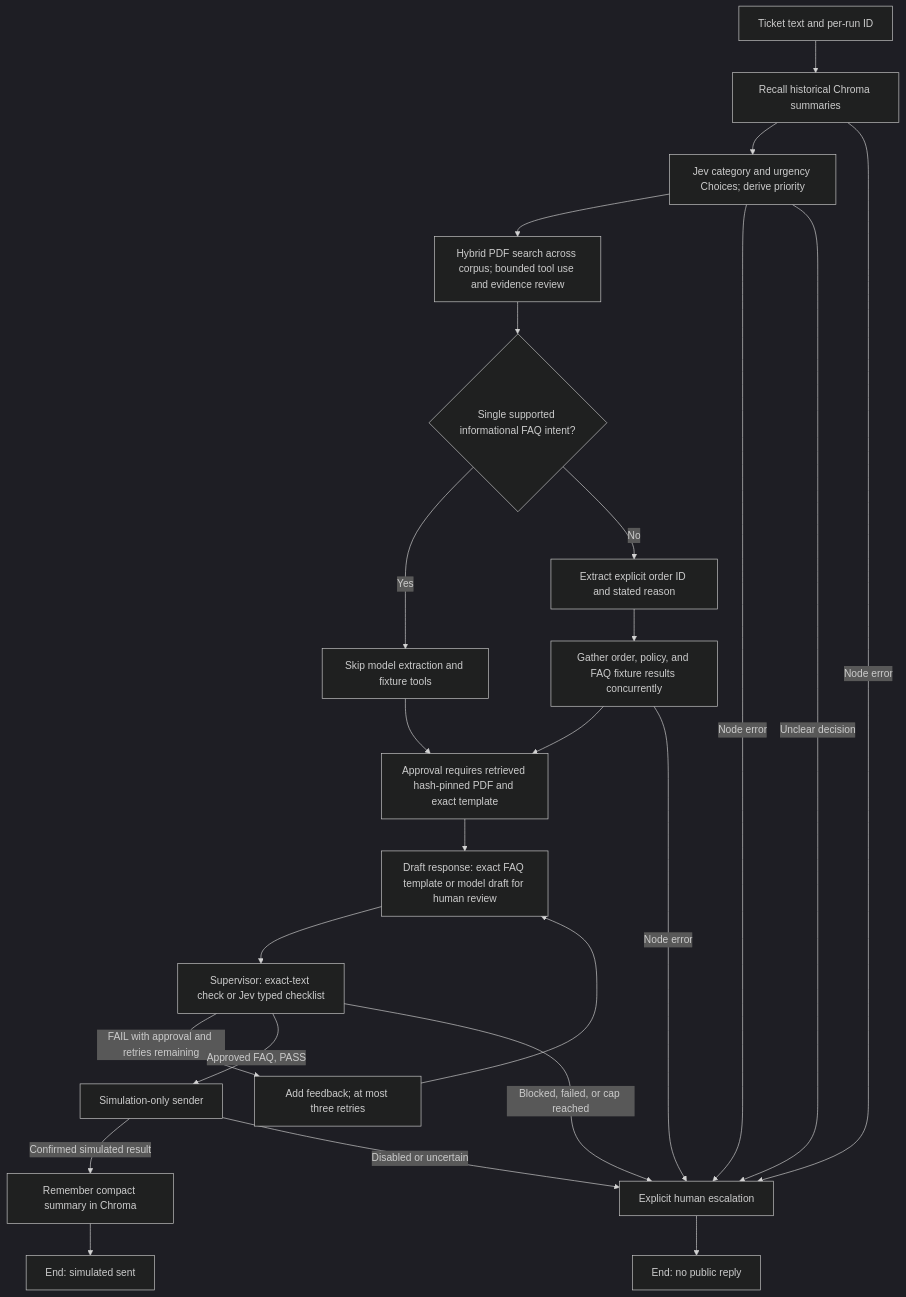
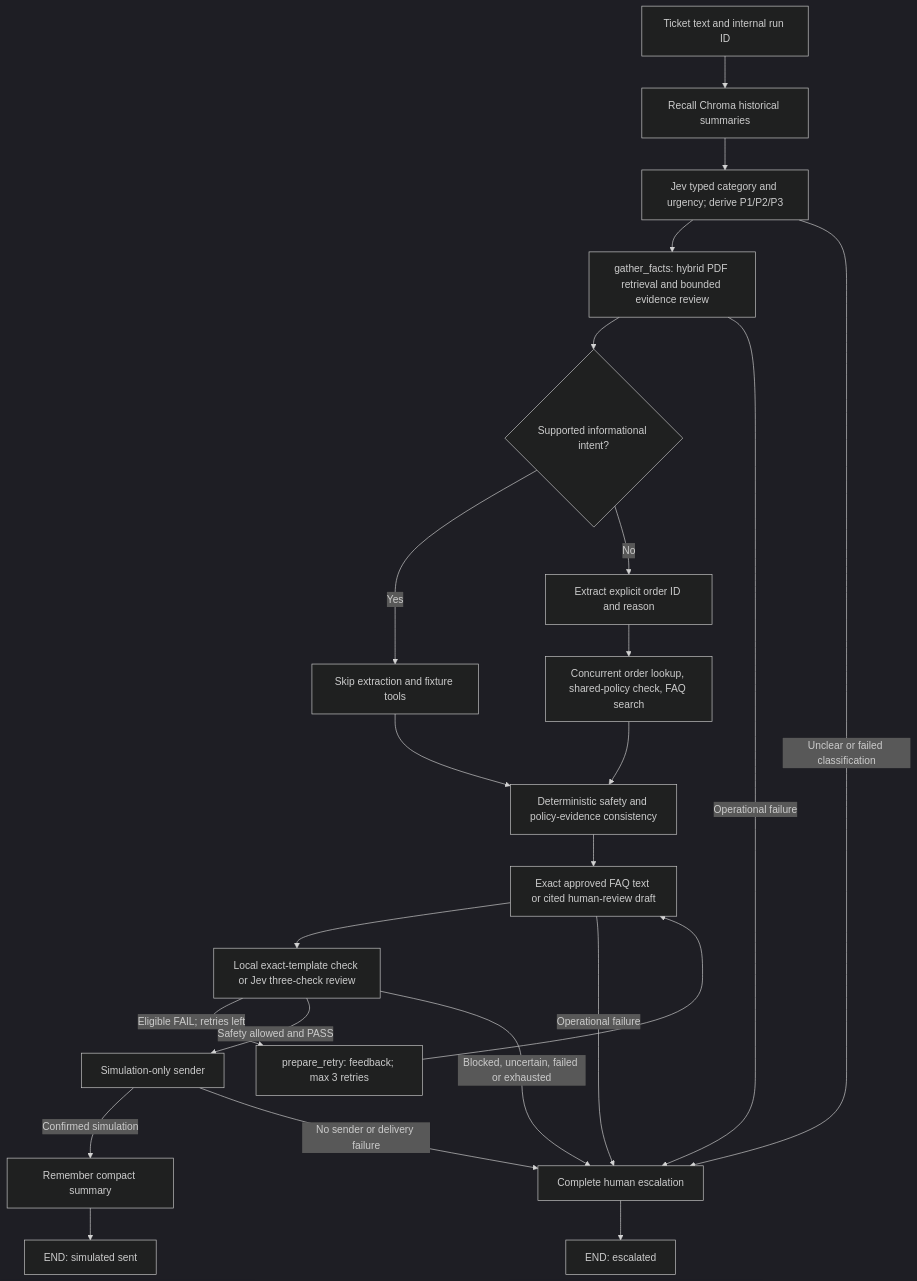
One commit to brajeshkumar7/Customer-support-ticket-triage-and-draft-response-agent changed the first of 2 diagrams in docs/architecture.md. Above: the diagram before and after it, drawn with Mermaid (dark theme). The commit also changed other lines of this file and 16 other files, not shown here.

````diff
--- a/docs/architecture.md
+++ b/docs/architecture.md
@@ -10,26 +9,25 @@
 ```mermaid
 flowchart TD
-    A[Ticket text and per-run ID] --> B[Recall historical Chroma summaries]
-    B --> C[Jev category and urgency Choices; derive priority]
-    C --> RAG[Hybrid PDF search across corpus; bounded tool use and evidence review]
-    RAG --> D{Single supported informational FAQ intent?}
-    D -->|Yes| E[Skip model extraction and fixture tools]
-    D -->|No| F[Extract explicit order ID and stated reason]
-    F --> G[Gather order, policy, and FAQ fixture results concurrently]
-    E --> H[Approval requires retrieved hash-pinned PDF and exact template]
-    G --> H
-    H --> I[Draft response: exact FAQ template or model draft for human review]
-    I --> J[Supervisor: exact-text check or Jev typed checklist]
-    J -->|FAIL with approval and retries remaining| K[Add feedback; at most three retries]
-    K --> I
-    J -->|Approved FAQ, PASS| L[Simulation-only sender]
-    L -->|Confirmed simulated result| M[Remember compact summary in Chroma]
-    M --> N[End: simulated sent]
-    J -->|Blocked, failed, or cap reached| O[Explicit human escalation]
-    L -->|Disabled or uncertain| O
-    B -->|Node error| O
-    C -->|Node error| O
-    C -->|Unclear decision| O
-    G -->|Node error| O
-    O --> P[End: no public reply]
+    A[Ticket text and internal run ID] --> B[Recall Chroma historical summaries]
+    B --> C[Jev typed category and urgency; derive P1/P2/P3]
+    C --> D[gather_facts: hybrid PDF retrieval and bounded evidence review]
+    D --> E{Supported informational intent?}
+    E -->|Yes| F[Skip extraction and fixture tools]
+    E -->|No| G[Extract explicit order ID and reason]
+    G --> H[Concurrent order lookup, shared-policy check, FAQ search]
+    H --> I[Deterministic safety and policy-evidence consistency]
+    F --> I
+    I --> J[Exact approved FAQ text or cited human-review draft]
+    J --> K[Local exact-template check or Jev three-check review]
+    K -->|Eligible FAIL; retries left| R[prepare_retry: feedback; max 3 retries]
+    R --> J
+    K -->|Safety allowed and PASS| S[Simulation-only sender]
+    S -->|Confirmed simulation| M[Remember compact summary]
+    M --> END1[END: simulated sent]
+    K -->|Blocked, uncertain, failed or exhausted| X[Complete human escalation]
+    S -->|No sender or delivery failure| X
+    C -->|Unclear or failed classification| X
+    D -->|Operational failure| X
+    J -->|Operational failure| X
+    X --> END2[END: escalated]
 ```
````
